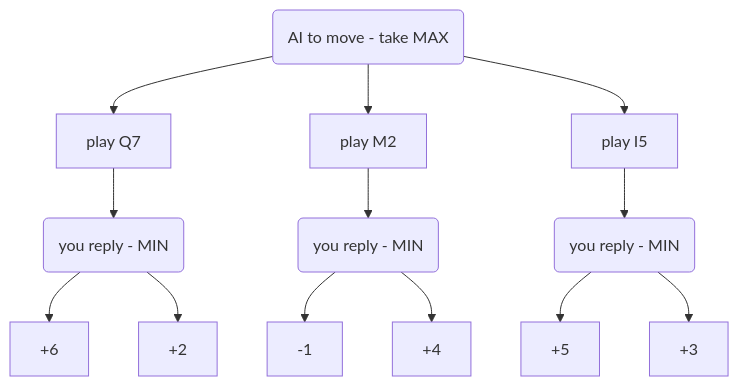
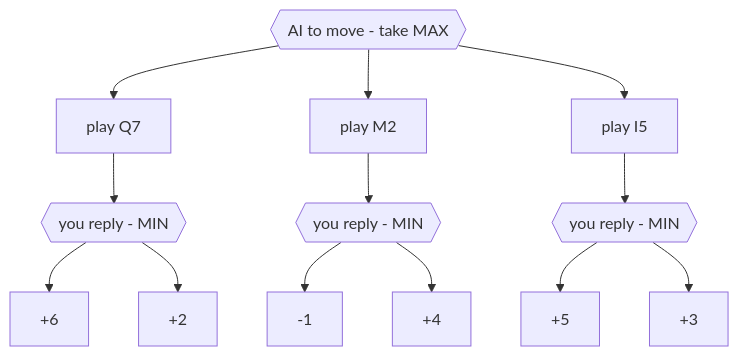
Before and after one commit to HobbitDur/FF8ModdingWiki: the third of 3 diagrams in FF8/TechnicalReference/Field/Field Opcodes/315_13A_CARDGAME.md, drawn with Mermaid. The commit also changed other lines of this file, not shown here.

Commit message:
Fixing flowchart

````diff
--- a/FF8/TechnicalReference/Field/Field Opcodes/315_13A_CARDGAME.md
+++ b/FF8/TechnicalReference/Field/Field Opcodes/315_13A_CARDGAME.md
@@ -219,16 +220,16 @@
 ```mermaid
 flowchart TD
-    R("AI to move - take MAX")
+    R{{"AI to move - take MAX"}}
     R --> Q7["play Q7"]
     R --> M2["play M2"]
     R --> I5["play I5"]
-    Q7 --> Q7m("you reply - MIN")
-    M2 --> M2m("you reply - MIN")
-    I5 --> I5m("you reply - MIN")
+    Q7 --> Q7m{{"you reply - MIN"}}
+    M2 --> M2m{{"you reply - MIN"}}
+    I5 --> I5m{{"you reply - MIN"}}
     Q7m --> Q7a["+6"]
     Q7m --> Q7b["+2"]
     M2m --> M2a["-1"]
     M2m --> M2b["+4"]
     I5m --> I5a["+5"]
     I5m --> I5b["+3"]
 ```
````
